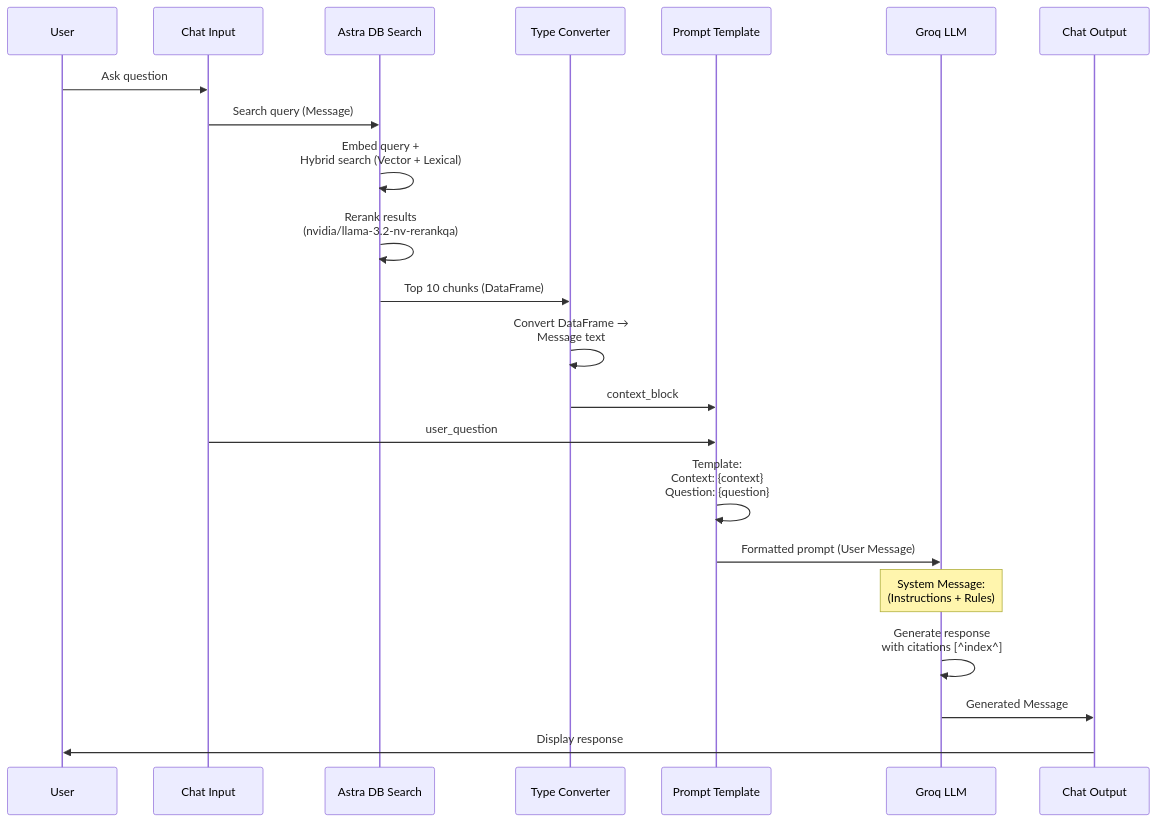
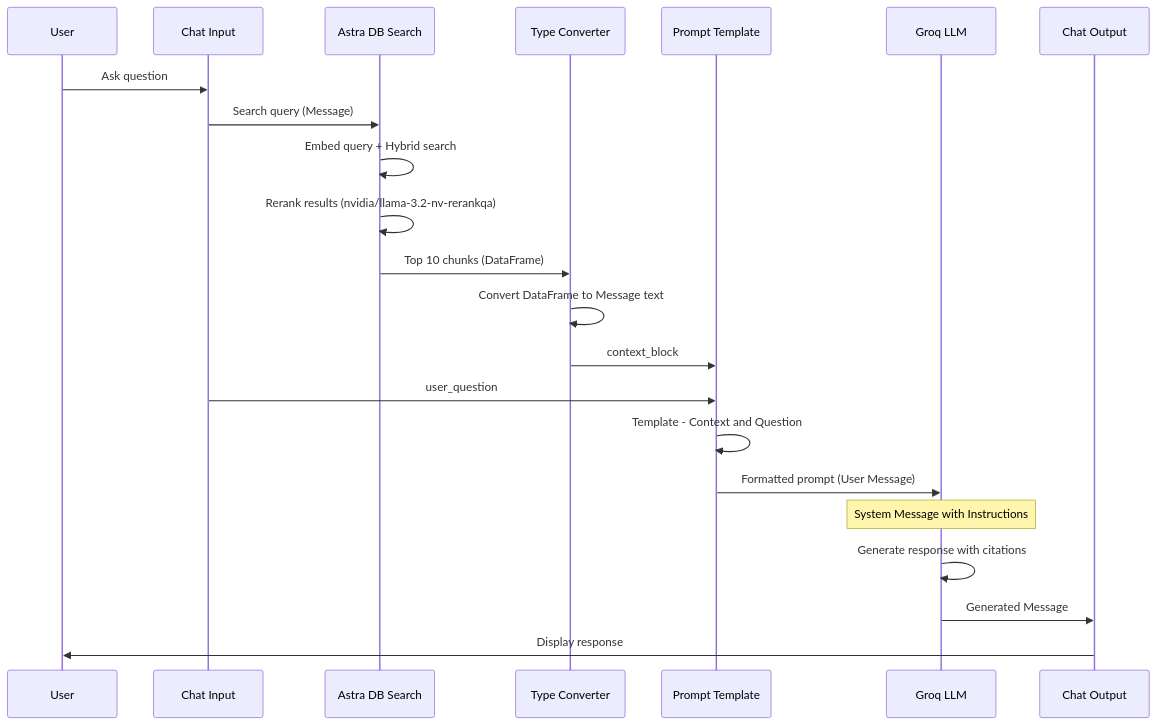
The fifth of 5 diagrams in README.md (roshrv27/first_RAG), drawn with Mermaid before and after one commit. The commit also changed other lines of this file, not shown here.

````diff
--- a/README.md
+++ b/README.md
@@ -136,25 +137,25 @@
 ```mermaid
 sequenceDiagram
-    participant User
-    participant ChatIn as Chat Input
-    participant Astra as Astra DB Search
-    participant Converter as Type Converter
-    participant Prompt as Prompt Template
+    participant U as User
+    participant CI as Chat Input
+    participant AS as Astra DB Search
+    participant TC as Type Converter
+    participant PT as Prompt Template
     participant LLM as Groq LLM
-    participant ChatOut as Chat Output
+    participant CO as Chat Output
     
-    User->>ChatIn: Ask question
-    ChatIn->>Astra: Search query (Message)
-    Astra->>Astra: Embed query +<br/>Hybrid search (Vector + Lexical)
-    Astra->>Astra: Rerank results<br/>(nvidia/llama-3.2-nv-rerankqa)
-    Astra->>Converter: Top 10 chunks (DataFrame)
-    Converter->>Converter: Convert DataFrame →<br/>Message text
-    Converter->>Prompt: context_block
-    ChatIn->>Prompt: user_question
-    Prompt->>Prompt: Template:<br/>Context: {context}<br/>Question: {question}
-    Prompt->>LLM: Formatted prompt (User Message)
-    Note over LLM: System Message:<br/>(Instructions + Rules)
-    LLM->>LLM: Generate response<br/>with citations [^index^]
-    LLM->>ChatOut: Generated Message
-    ChatOut->>User: Display response
+    U->>CI: Ask question
+    CI->>AS: Search query (Message)
+    AS->>AS: Embed query + Hybrid search
+    AS->>AS: Rerank results (nvidia/llama-3.2-nv-rerankqa)
+    AS->>TC: Top 10 chunks (DataFrame)
+    TC->>TC: Convert DataFrame to Message text
+    TC->>PT: context_block
+    CI->>PT: user_question
+    PT->>PT: Template - Context and Question
+    PT->>LLM: Formatted prompt (User Message)
+    Note over LLM: System Message with Instructions
+    LLM->>LLM: Generate response with citations
+    LLM->>CO: Generated Message
+    CO->>U: Display response
 ```
````
